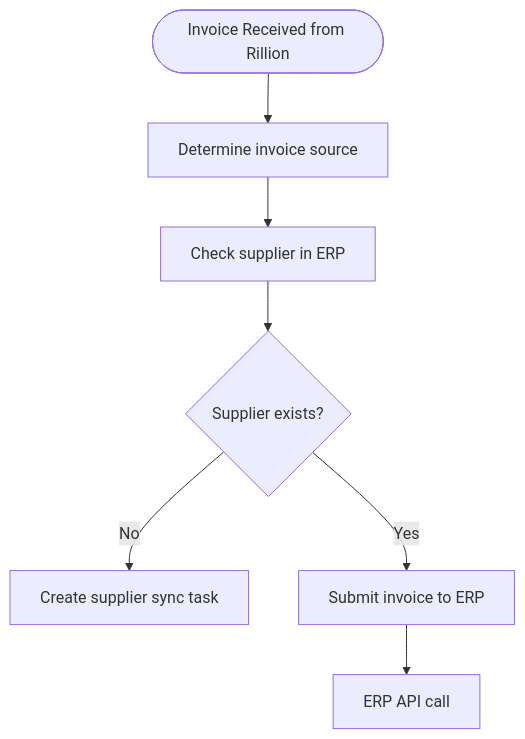
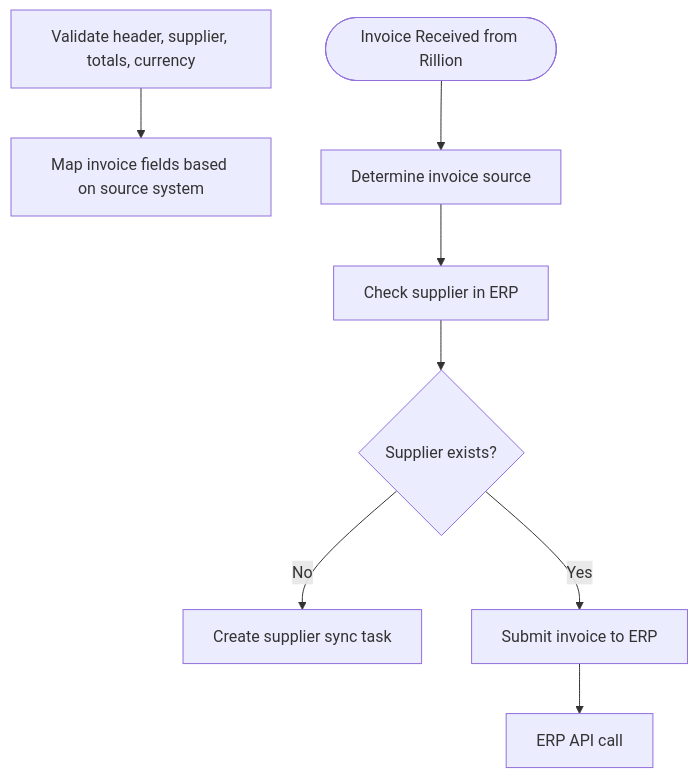
Before and after one commit to nasiradeel183-sketch/Connect-Invoice-Flow: the diagram in docs/flowchart.mmd, drawn with Mermaid. The commit also changed 1 other file, not shown here.

Commit message:
Auto-update flowchart

```diff
--- a/docs/flowchart.mmd
+++ b/docs/flowchart.mmd
@@ -1,14 +1,17 @@
 flowchart TD
-    N0(["Invoice Received from Rillion"])
-    N1["Determine invoice source"]
-    N2["Check supplier in ERP"]
-    N3{"Supplier exists?"}
-    N4["Create supplier sync task"]
-    N5["Submit invoice to ERP"]
-    N6["ERP API call"]
+    N0["Validate header, supplier, totals, currency"]
+    N1["Map invoice fields based on source system"]
+    N2(["Invoice Received from Rillion"])
+    N3["Determine invoice source"]
+    N4["Check supplier in ERP"]
+    N5{"Supplier exists?"}
+    N6["Create supplier sync task"]
+    N7["Submit invoice to ERP"]
+    N8["ERP API call"]
     N0 --> N1
-    N1 --> N2
     N2 --> N3
-    N3 -->|No| N4
-    N3 -->|Yes| N5
-    N5 --> N6
+    N3 --> N4
+    N4 --> N5
+    N5 -->|No| N6
+    N5 -->|Yes| N7
+    N7 --> N8
```
